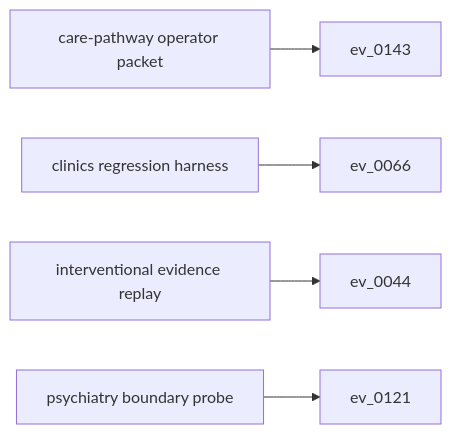
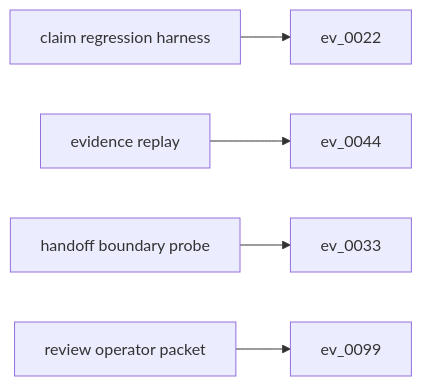
Before and after one commit to t7r0n/interventional-care-pathways: the diagram in outputs/trace_graph.mmd, drawn with Mermaid. The commit also changed 21 other files, not shown here.

```diff
--- a/outputs/trace_graph.mmd
+++ b/outputs/trace_graph.mmd
@@ -1,13 +1,13 @@
 flowchart LR
-  s0["care-pathway operator packet"]
-  e0["ev_0143"]
+  s0["claim regression harness"]
+  e0["ev_0022"]
   s0 --> e0
-  s1["clinics regression harness"]
-  e1["ev_0066"]
+  s1["evidence replay"]
+  e1["ev_0044"]
   s1 --> e1
-  s2["interventional evidence replay"]
-  e2["ev_0044"]
+  s2["handoff boundary probe"]
+  e2["ev_0033"]
   s2 --> e2
-  s3["psychiatry boundary probe"]
-  e3["ev_0121"]
+  s3["review operator packet"]
+  e3["ev_0099"]
   s3 --> e3
```
